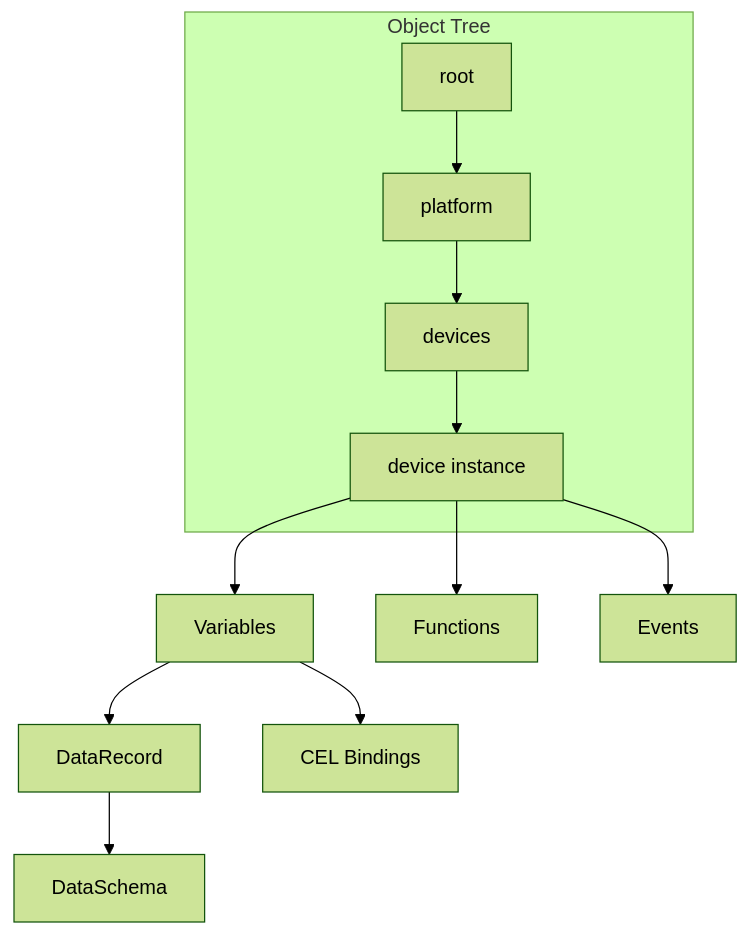
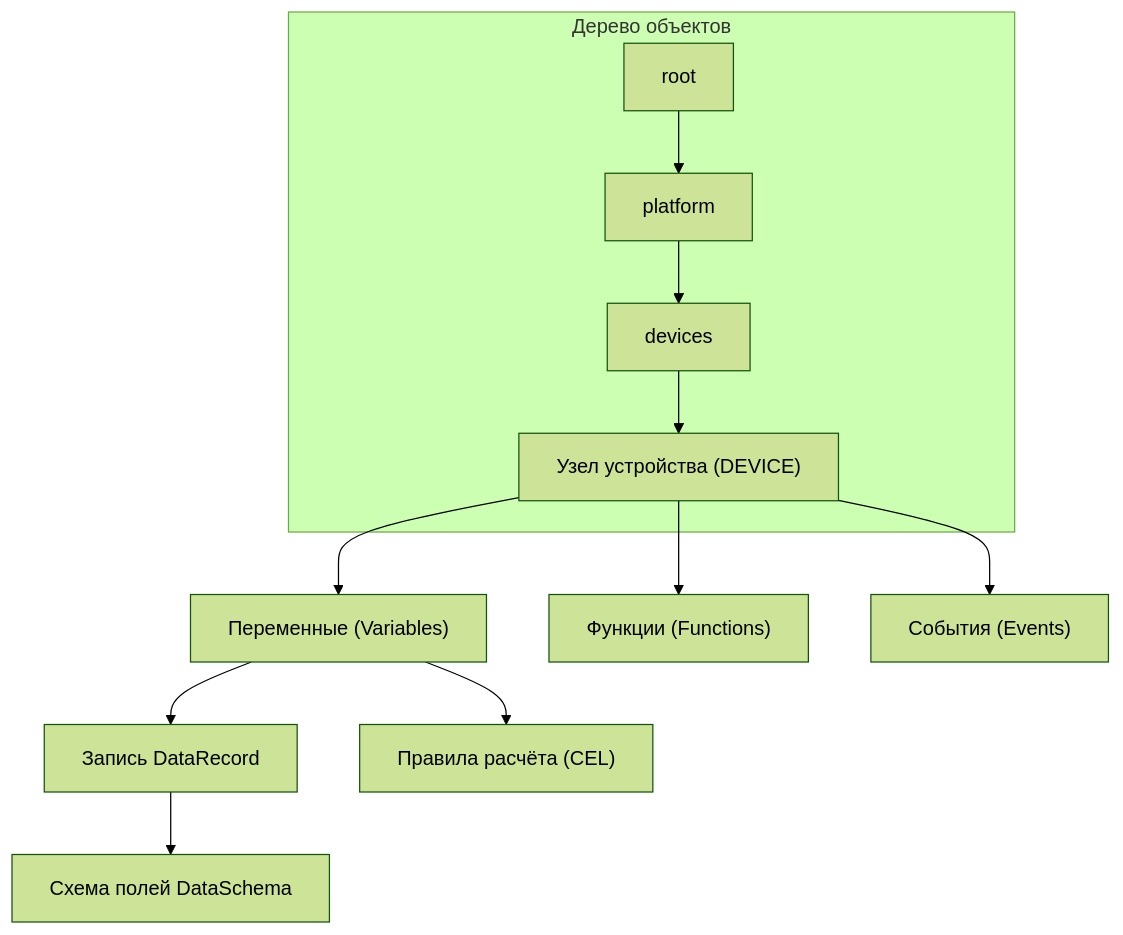
The diagram in docs/ru/architecture.md (iot-solutions-ru/ispf), drawn with Mermaid (forest theme) before and after one commit. The commit also changed other lines of this file and 201 other files, not shown here.

````diff
--- a/docs/ru/architecture.md
+++ b/docs/ru/architecture.md
@@ -37,17 +36,17 @@
 ```mermaid
 graph TB
-    subgraph ObjectTree["Object Tree"]
+    subgraph ObjectTree["Дерево объектов"]
         ROOT[root]
         PLATFORM[platform]
         DEVICES[devices]
-        DEVICE[device instance]
+        DEVICE["Узел устройства (DEVICE)"]
         ROOT --> PLATFORM --> DEVICES --> DEVICE
     end
 
-    DEVICE --> VARS[Variables]
-    DEVICE --> FUNCS[Functions]
-    DEVICE --> EVENTS[Events]
-    VARS --> DR[DataRecord]
-    DR --> SCHEMA[DataSchema]
-    VARS --> CEL[CEL Bindings]
+    DEVICE --> VARS["Переменные (Variables)"]
+    DEVICE --> FUNCS["Функции (Functions)"]
+    DEVICE --> EVENTS["События (Events)"]
+    VARS --> DR["Запись DataRecord"]
+    DR --> SCHEMA["Схема полей DataSchema"]
+    VARS --> CEL["Правила расчёта (CEL)"]
 ```
````
